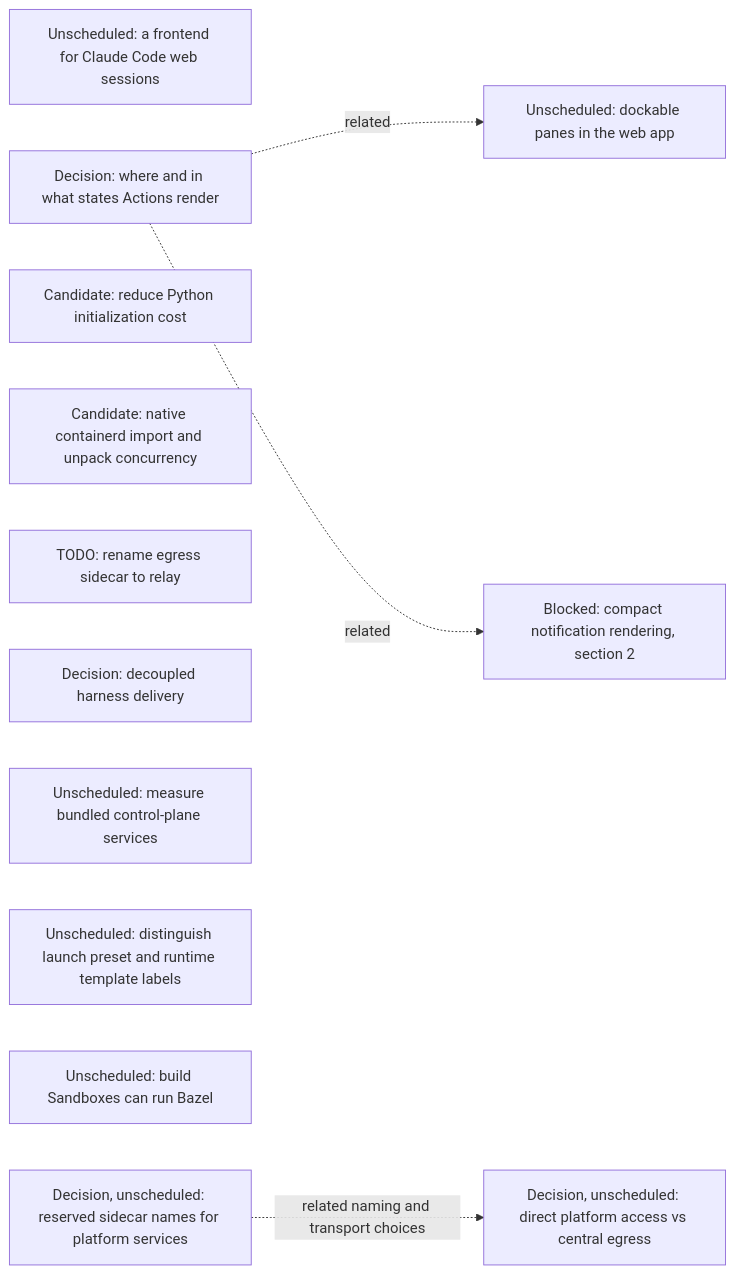
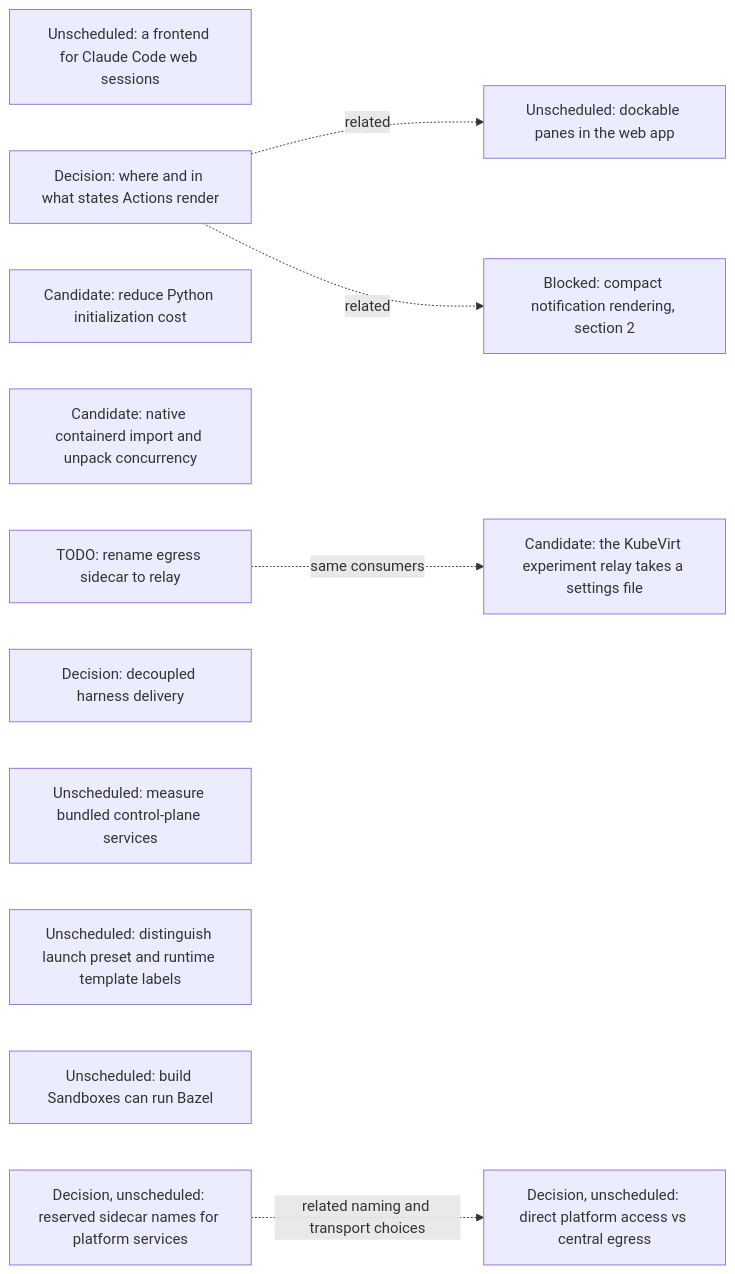
The seventh of 16 diagrams in agentplane/plans/task_dag.md (agentydragon/ducktape), drawn with Mermaid before and after one commit. The commit also changed other lines of this file and 132 other files, not shown here.

````diff
--- a/agentplane/plans/task_dag.md
+++ b/agentplane/plans/task_dag.md
@@ -801,19 +801,21 @@
 ```mermaid
 flowchart LR
     CLAUDE_CODE_WEB_BRIDGE[Unscheduled: a frontend for Claude Code web sessions]
     ACTION_SURFACES_DESIGN[Decision: where and in what states Actions render]
     K3S_PYTHON_INITIALIZATION[Candidate: reduce Python initialization cost]
     K3S_IMPORT_CONCURRENCY[Candidate: native containerd import and unpack concurrency]
     EGRESS_RELAY_RENAME[TODO: rename egress sidecar to relay]
+    EGRESS_RELAY_CONFIGMAP[Candidate: the KubeVirt experiment relay takes a settings file]
+    EGRESS_RELAY_RENAME -. same consumers .-> EGRESS_RELAY_CONFIGMAP
     RUNNER_HARNESS_DELIVERY_DESIGN[Decision: decoupled harness delivery]
     K3S_BUNDLED_SERVICES_SPIKE[Unscheduled: measure bundled control-plane services]
     DOCKABLE_PANES[Unscheduled: dockable panes in the web app]
     ACTION_SURFACES_DESIGN -. related .-> DOCKABLE_PANES
     NOTIFICATION_PRESENTATION[Blocked: compact notification rendering, section 2]
     ACTION_SURFACES_DESIGN -. related .-> NOTIFICATION_PRESENTATION
     SANDBOX_FORM_TERMINOLOGY[Unscheduled: distinguish launch preset and runtime template labels]
     BUILD_BOX_BAZEL[Unscheduled: build Sandboxes can run Bazel]
     PLATFORM_SERVICE_NAMES_DESIGN[Decision, unscheduled: reserved sidecar names for platform services]
     PLATFORM_SERVICE_ROUTING_DESIGN[Decision, unscheduled: direct platform access vs central egress]
     PLATFORM_SERVICE_NAMES_DESIGN -. related naming and transport choices .-> PLATFORM_SERVICE_ROUTING_DESIGN
 ```
````
